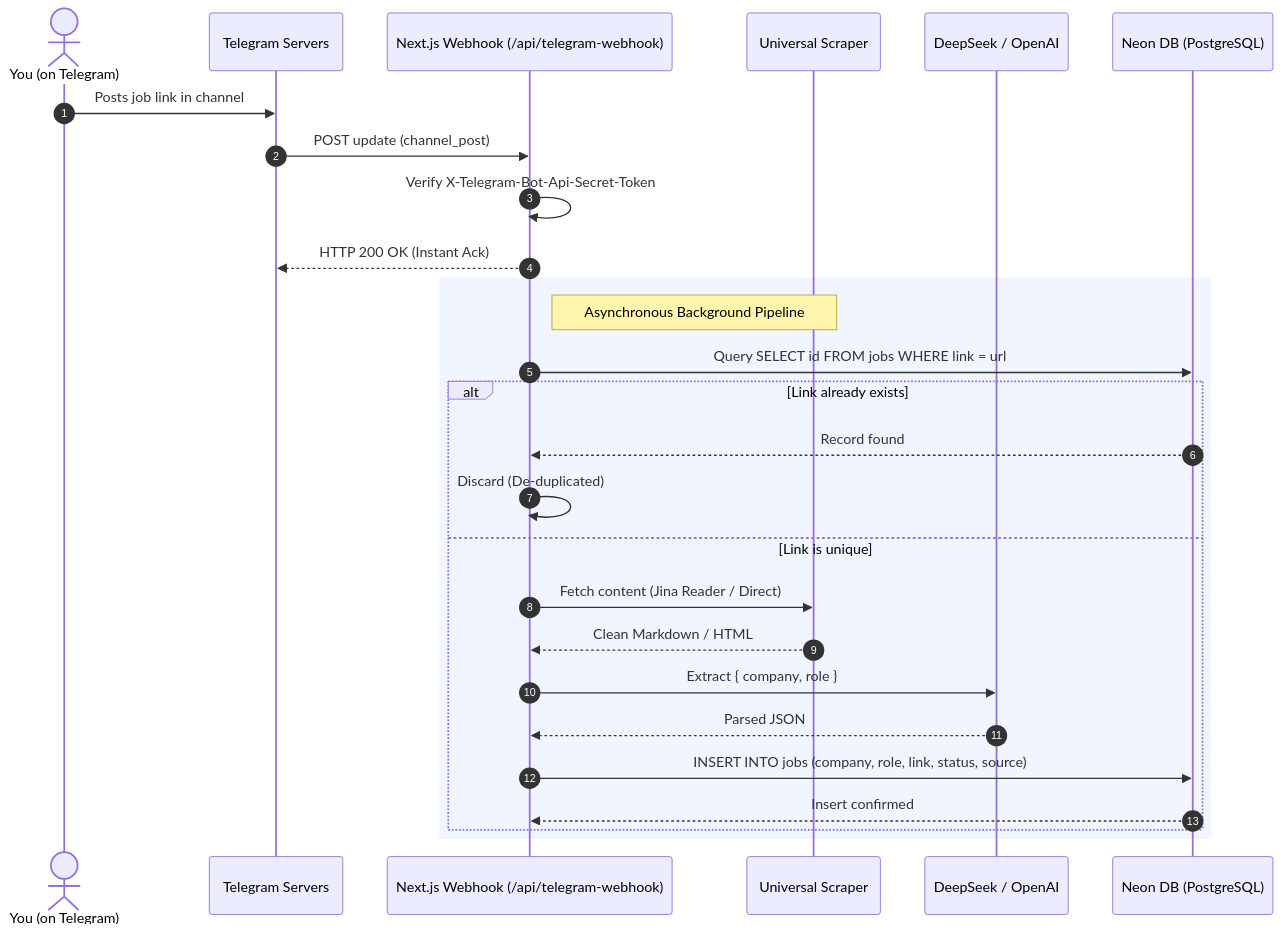
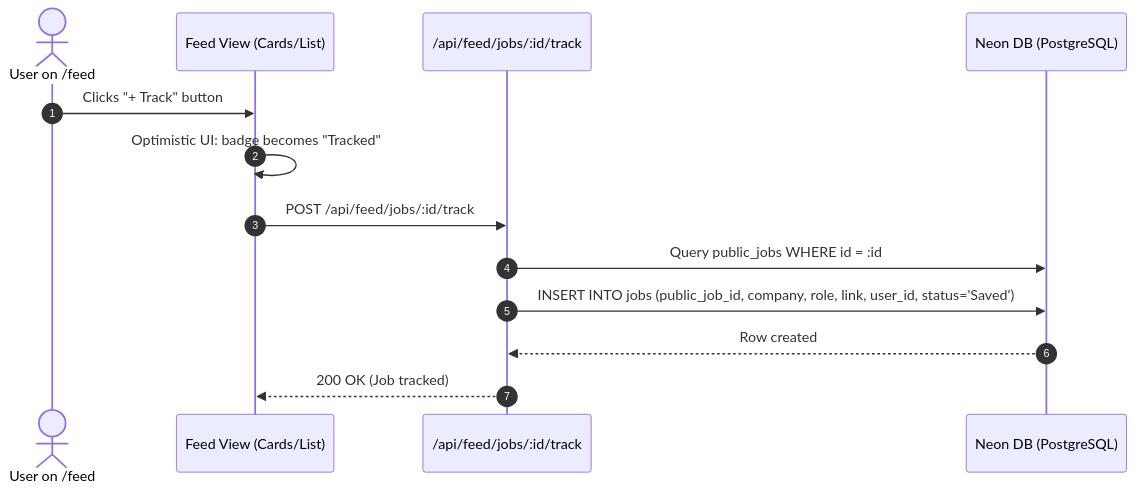
One commit to kunalkmaurya/job-radar changed the second of 3 diagrams in docs/SYSTEM_DESIGN.md. Above: the diagram before and after it, drawn with Mermaid. The commit also changed other lines of this file and 5 other files, not shown here.

Commit message:
docs: update documentation for multi-tenant feed, public apis, and view modes

````diff
--- a/docs/SYSTEM_DESIGN.md
+++ b/docs/SYSTEM_DESIGN.md
@@ -250,31 +90,16 @@
 ```mermaid
 sequenceDiagram
     autonumber
-    actor User as You (on Telegram)
-    participant TG as Telegram Servers
-    participant App as Next.js Webhook (/api/telegram-webhook)
-    participant Scraper as Universal Scraper
-    participant AI as DeepSeek / OpenAI
+    actor User as User on /feed
+    participant UI as Feed View (Cards/List)
+    participant API as /api/feed/jobs/:id/track
     participant DB as Neon DB (PostgreSQL)
 
-    User->>TG: Posts job link in channel
-    TG->>App: POST update (channel_post)
-    App->>App: Verify X-Telegram-Bot-Api-Secret-Token
-    App-->>TG: HTTP 200 OK (Instant Ack)
-
-    rect rgb(240, 245, 255)
-    note right of App: Asynchronous Background Pipeline
-    App->>DB: Query SELECT id FROM jobs WHERE link = url
-    alt Link already exists
-        DB-->>App: Record found
-        App->>App: Discard (De-duplicated)
-    else Link is unique
-        App->>Scraper: Fetch content (Jina Reader / Direct)
-        Scraper-->>App: Clean Markdown / HTML
-        App->>AI: Extract { company, role }
-        AI-->>App: Parsed JSON
-        App->>DB: INSERT INTO jobs (company, role, link, status, source)
-        DB-->>App: Insert confirmed
-    end
-    end
+    User->>UI: Clicks "+ Track" button
+    UI->>UI: Optimistic UI: badge becomes "Tracked"
+    UI->>API: POST /api/feed/jobs/:id/track
+    API->>DB: Query public_jobs WHERE id = :id
+    API->>DB: INSERT INTO jobs (public_job_id, company, role, link, user_id, status='Saved')
+    DB-->>API: Row created
+    API-->>UI: 200 OK (Job tracked)
 ```
````
